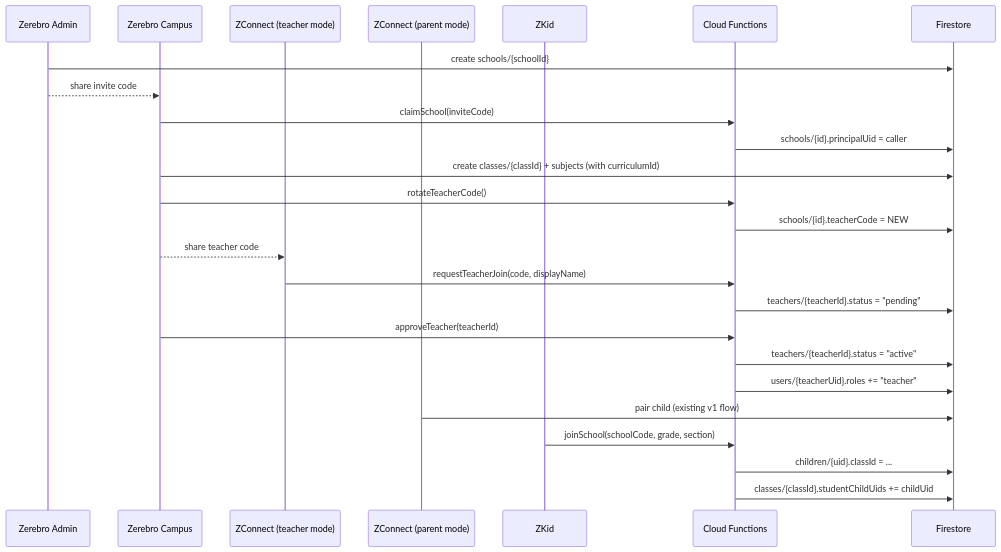
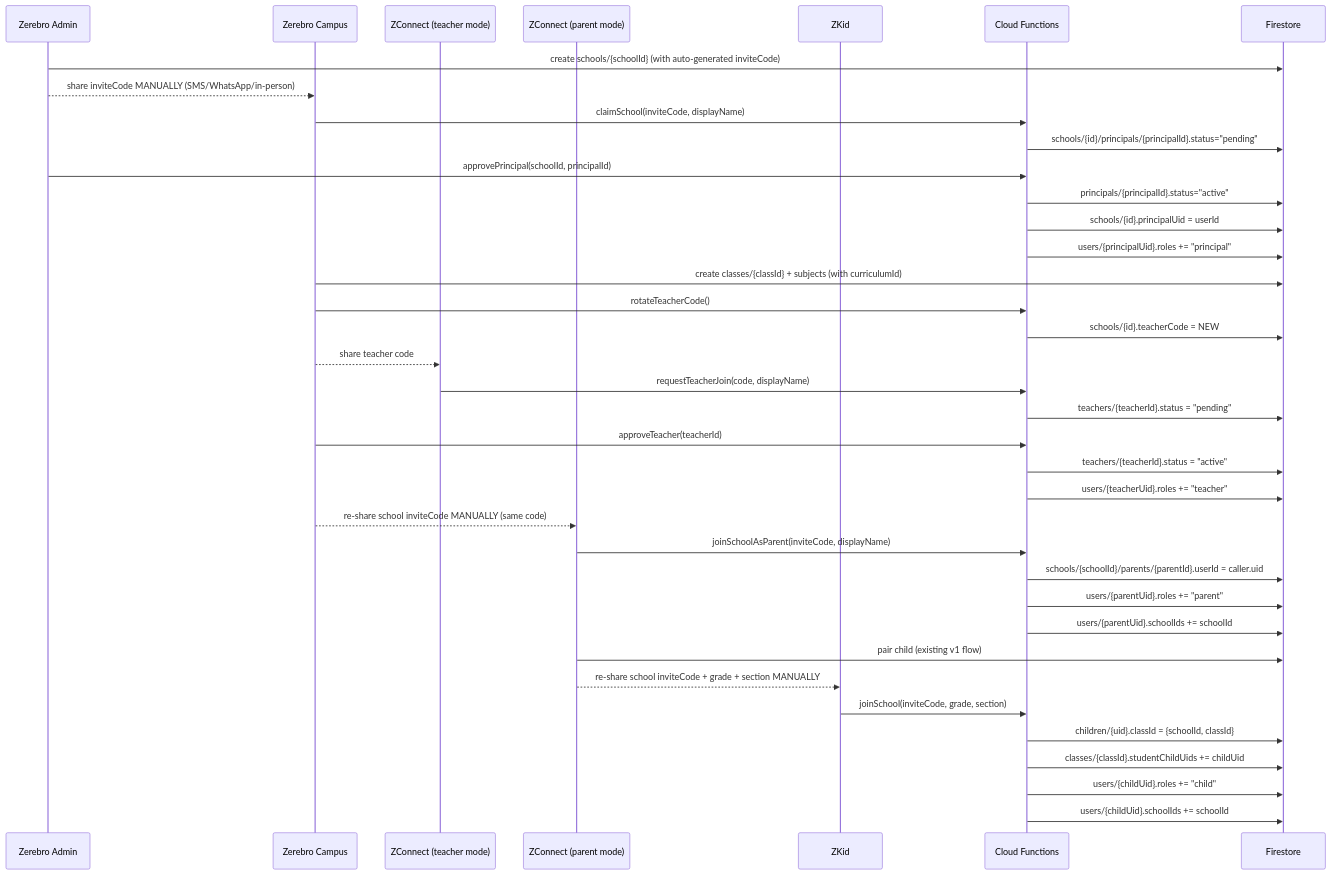
The seventh of 11 diagrams in docs/EDUCATION_AI_TECH_SPEC.md (ZerebroKid/kidsafe-school), drawn with Mermaid before and after one commit. The commit also changed other lines of this file and 2 other files, not shown here.

````diff
--- a/docs/EDUCATION_AI_TECH_SPEC.md
+++ b/docs/EDUCATION_AI_TECH_SPEC.md
@@ -576,28 +695,40 @@
 ```mermaid
 sequenceDiagram
   participant Admin as Zerebro Admin
   participant Principal as Zerebro Campus
   participant Teacher as ZConnect (teacher mode)
   participant Parent as ZConnect (parent mode)
   participant Child as ZKid
   participant FN as Cloud Functions
   participant FS as Firestore
 
-  Admin->>FS: create schools/{schoolId}
-  Admin-->>Principal: share invite code
-  Principal->>FN: claimSchool(inviteCode)
-  FN->>FS: schools/{id}.principalUid = caller
+  Admin->>FS: create schools/{schoolId} (with auto-generated inviteCode)
+  Admin-->>Principal: share inviteCode MANUALLY (SMS/WhatsApp/in-person)
+  Principal->>FN: claimSchool(inviteCode, displayName)
+  FN->>FS: schools/{id}/principals/{principalId}.status="pending"
+  Admin->>FN: approvePrincipal(schoolId, principalId)
+  FN->>FS: principals/{principalId}.status="active"
+  FN->>FS: schools/{id}.principalUid = userId
+  FN->>FS: users/{principalUid}.roles += "principal"
   Principal->>FS: create classes/{classId} + subjects (with curriculumId)
   Principal->>FN: rotateTeacherCode()
   FN->>FS: schools/{id}.teacherCode = NEW
   Principal-->>Teacher: share teacher code
   Teacher->>FN: requestTeacherJoin(code, displayName)
   FN->>FS: teachers/{teacherId}.status = "pending"
   Principal->>FN: approveTeacher(teacherId)
   FN->>FS: teachers/{teacherId}.status = "active"
   FN->>FS: users/{teacherUid}.roles += "teacher"
+  Principal-->>Parent: re-share school inviteCode MANUALLY (same code)
+  Parent->>FN: joinSchoolAsParent(inviteCode, displayName)
+  FN->>FS: schools/{schoolId}/parents/{parentId}.userId = caller.uid
+  FN->>FS: users/{parentUid}.roles += "parent"
+  FN->>FS: users/{parentUid}.schoolIds += schoolId
   Parent->>FS: pair child (existing v1 flow)
-  Child->>FN: joinSchool(schoolCode, grade, section)
-  FN->>FS: children/{uid}.classId = ...
+  Parent-->>Child: re-share school inviteCode + grade + section MANUALLY
+  Child->>FN: joinSchool(inviteCode, grade, section)
+  FN->>FS: children/{uid}.classId = {schoolId, classId}
   FN->>FS: classes/{classId}.studentChildUids += childUid
+  FN->>FS: users/{childUid}.roles += "child"
+  FN->>FS: users/{childUid}.schoolIds += schoolId
 ```
````
